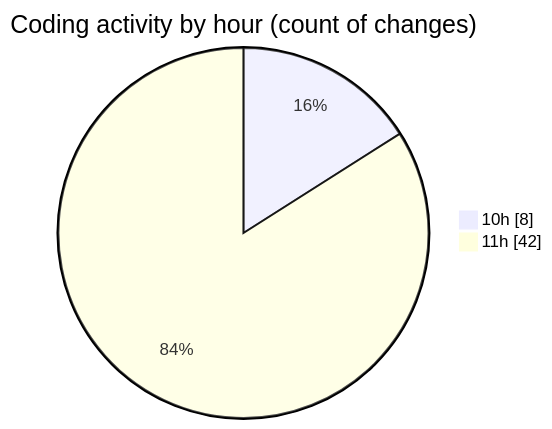
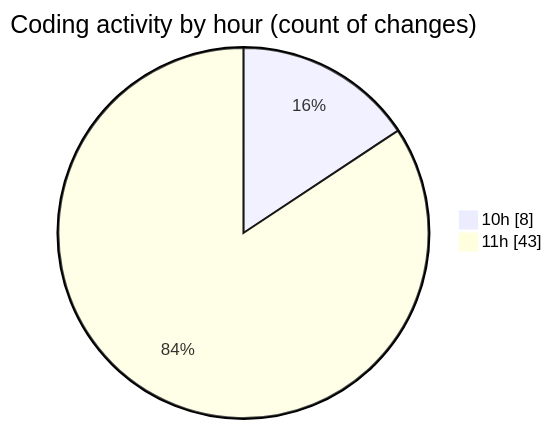
Before and after one commit to nxtqubesakshisongat/code-tracking: the second of 2 diagrams in 2025-08-22/nxtqube_webapp/README.md, drawn with Mermaid. The commit also changed other lines of this file and 1 other file, not shown here.

````diff
--- a/2025-08-22/nxtqube_webapp/README.md
+++ b/2025-08-22/nxtqube_webapp/README.md
@@ -28,6 +28,6 @@
 ```mermaid
 pie showData
 title Coding activity by hour (count of changes)
 "10h" : 8
-"11h" : 42
+"11h" : 43
 ```
````
